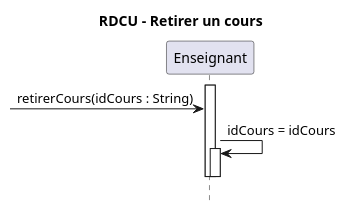
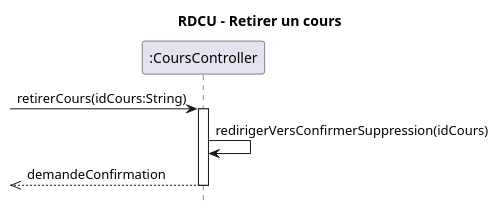
One commit to xMrYahya/moodle-clone changed the diagram in docs/modeles/cu01/rdcu-retirer-cours.puml. Above: the diagram before and after it, drawn with PlantUML. The commit also changed 24 other files, not shown here.

```diff
--- a/docs/modeles/cu01/rdcu-retirer-cours.puml
+++ b/docs/modeles/cu01/rdcu-retirer-cours.puml
@@ -1,15 +1,13 @@
 @startuml
 hide footbox
-title RDCU – Retirer un cours
+title RDCU - Retirer un cours
 
-participant Enseignant as Ens
+participant ":CoursController" as ctrl
 
-activate Ens
- -> Ens : retirerCours(idCours : String)
-Ens -> Ens : idCours = idCours
-activate Ens
-deactivate Ens
-deactivate Ens
-
+-> ctrl : retirerCours(idCours:String)
+activate ctrl
+ctrl -> ctrl : redirigerVersConfirmerSuppression(idCours)
+<<-- ctrl : demandeConfirmation
+deactivate ctrl
 
 @enduml
```
